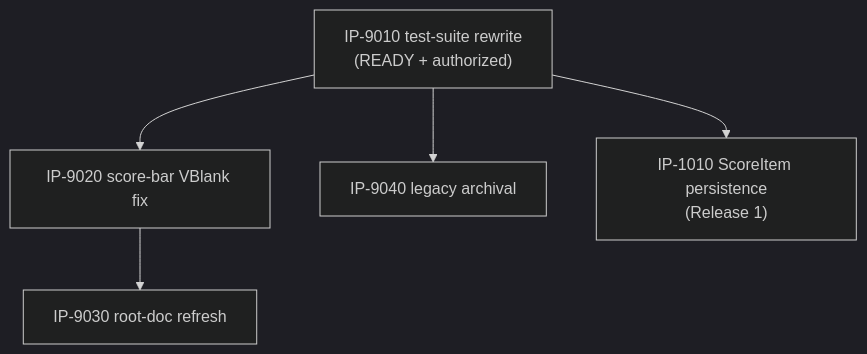
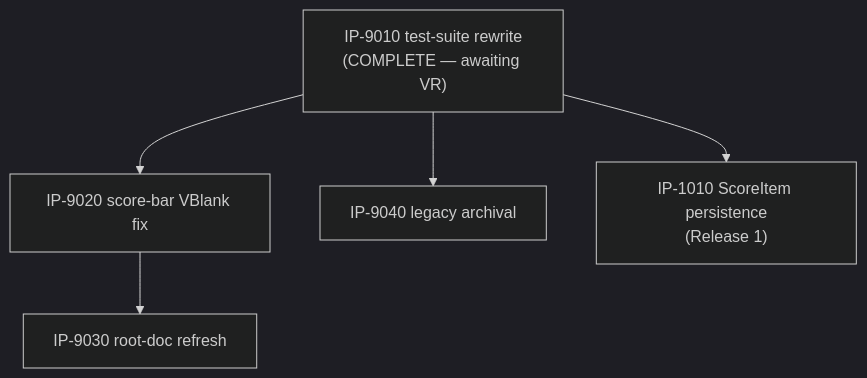
The diagram in docs/implementation/00-master-build-plan.md (Zabin/RsGame), drawn with Mermaid (dark theme) before and after one commit. The commit also changed other lines of this file and 5 other files, not shown here.

First line of the commit message:
feat(tests): IP-9010 -- rewrite test_rom.py for Bunny Quest semantics + portable paths

````diff
--- a/docs/implementation/00-master-build-plan.md
+++ b/docs/implementation/00-master-build-plan.md
@@ -26,12 +26,12 @@
 ```mermaid
 graph TD
-    IP9010["IP-9010 test-suite rewrite<br/>(READY + authorized)"]
+    IP9010["IP-9010 test-suite rewrite<br/>(COMPLETE — awaiting VR)"]
     IP9020["IP-9020 score-bar VBlank fix"]
     IP9030["IP-9030 root-doc refresh"]
     IP9040["IP-9040 legacy archival"]
     IP1010["IP-1010 ScoreItem persistence<br/>(Release 1)"]
     IP9010 --> IP9020
     IP9010 --> IP9040
     IP9010 --> IP1010
     IP9020 --> IP9030
 ```
````
